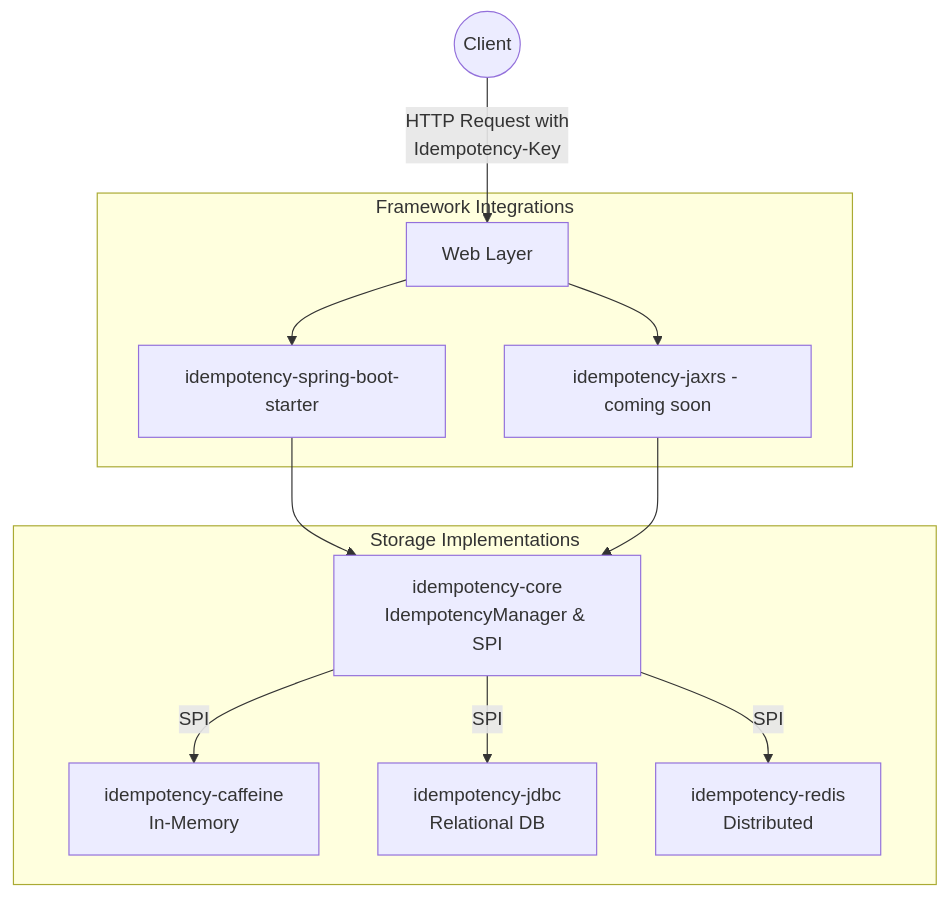
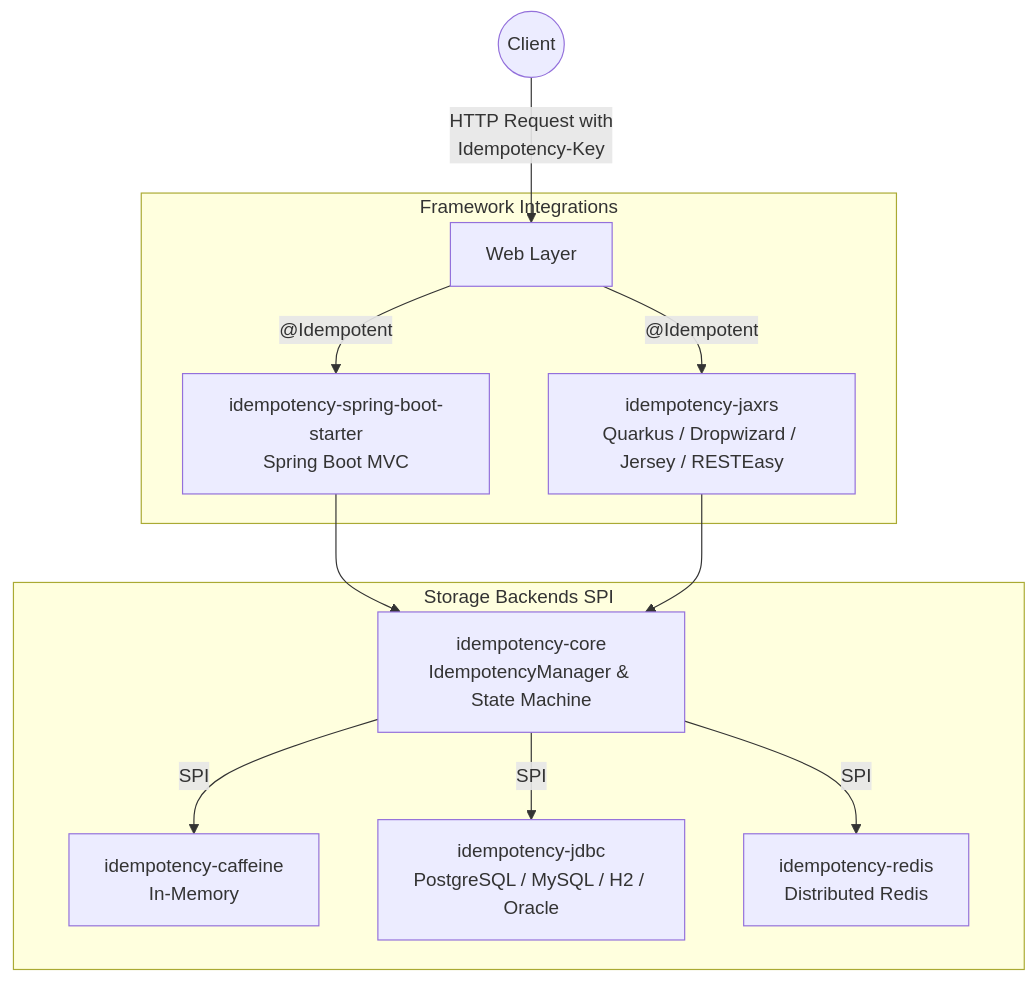
Before and after one commit to ravocode/AvoOnce: the diagram in README.md, drawn with Mermaid. The commit also changed other lines of this file and 28 other files, not shown here.

Commit message:
feat: add JAX-RS support and a new Quarkus idempotency sample project

````diff
--- a/README.md
+++ b/README.md
@@ -120,18 +47,18 @@
 ```mermaid
 graph TD
-    Client((Client)) -->|HTTP Request with<br/>Idempotency-Key| Web[Web Layer]
+    Client((Client)) -->|"HTTP Request with<br/>Idempotency-Key"| Web[Web Layer]
     
     subgraph Framework Integrations
-        Web --> SB[idempotency-spring-boot-starter]
-        Web --> JAX[idempotency-jaxrs - coming soon]
+        Web -->|"@Idempotent"| SB[idempotency-spring-boot-starter<br/>Spring Boot MVC]
+        Web -->|"@Idempotent"| JAX[idempotency-jaxrs<br/>Quarkus / Dropwizard / Jersey / RESTEasy]
     end
     
-    SB --> Core[idempotency-core<br/>IdempotencyManager & SPI]
+    SB --> Core[idempotency-core<br/>IdempotencyManager & State Machine]
     JAX --> Core
     
-    subgraph Storage Implementations
+    subgraph Storage Backends SPI
         Core -->|SPI| Caff[idempotency-caffeine<br/>In-Memory]
-        Core -->|SPI| JDBC[idempotency-jdbc<br/>Relational DB]
-        Core -->|SPI| Red[idempotency-redis<br/>Distributed]
+        Core -->|SPI| JDBC[idempotency-jdbc<br/>PostgreSQL / MySQL / H2 / Oracle]
+        Core -->|SPI| Red[idempotency-redis<br/>Distributed Redis]
     end
 ```
````
